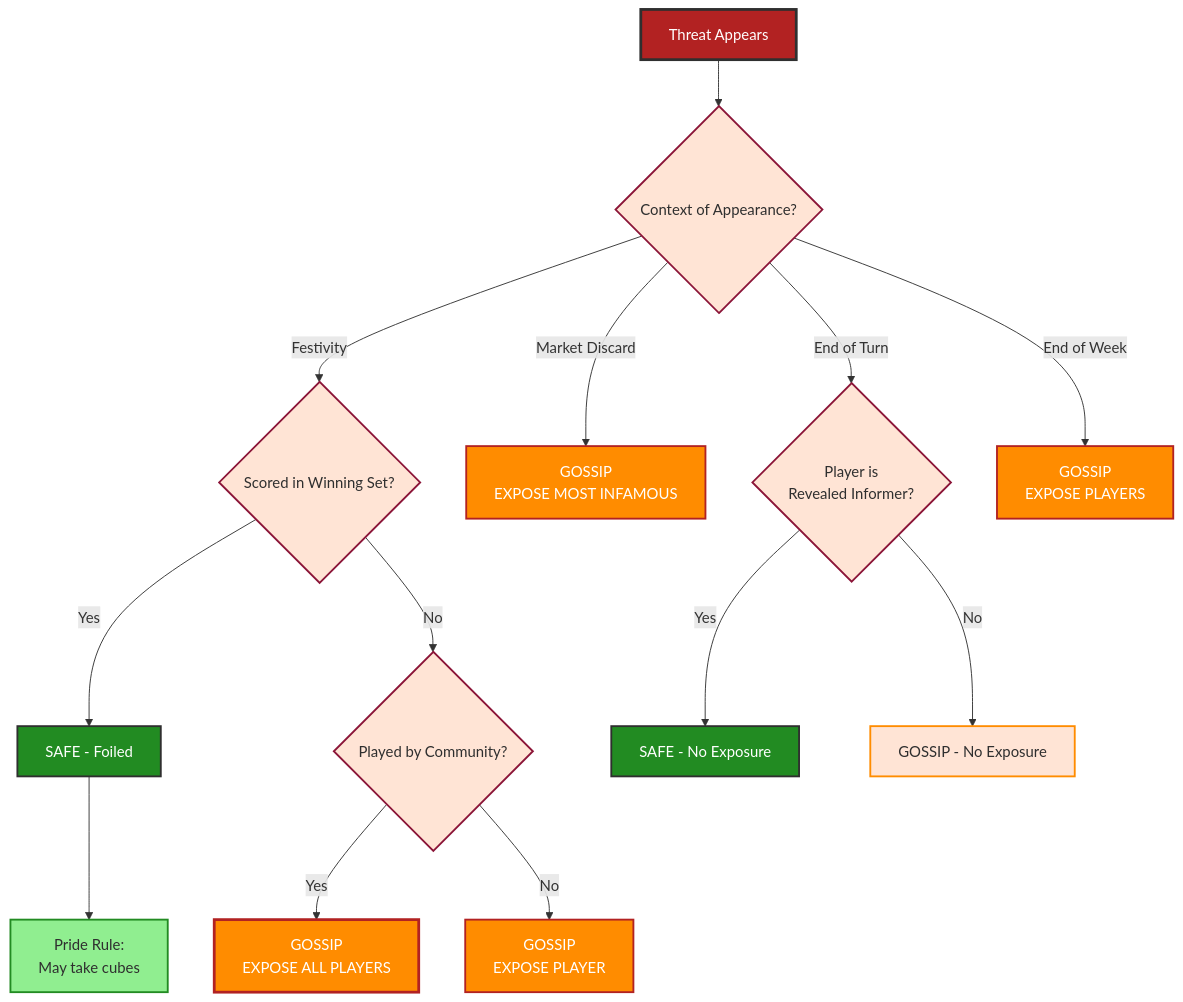
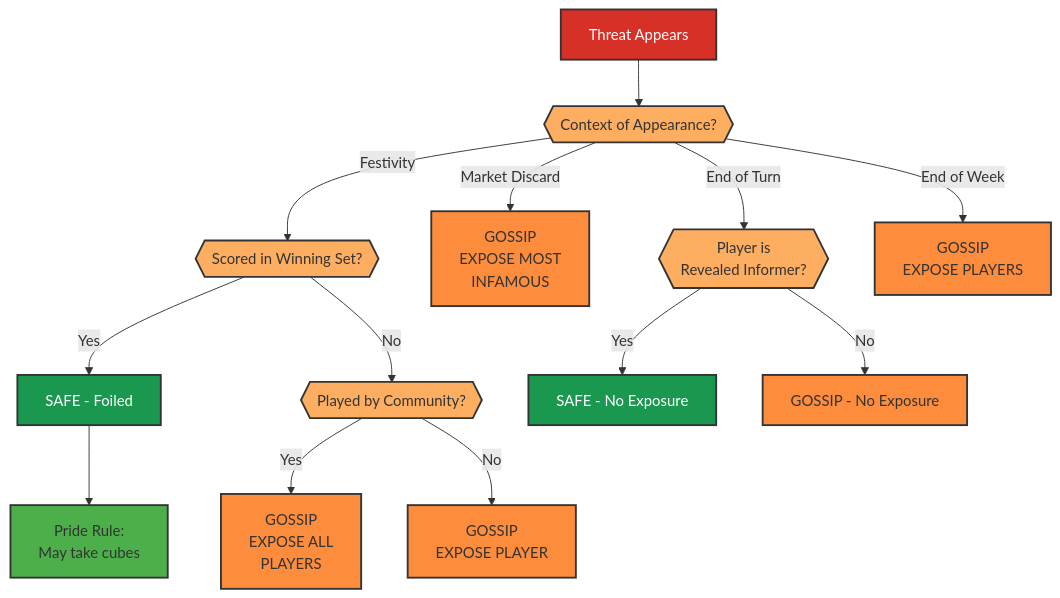
Before and after one commit to stoutpanda/molly_house_references: the diagram in threat_resolution_diagram.mmd, drawn with Mermaid. The commit also changed 2 other files, not shown here.

```diff
--- a/threat_resolution_diagram.mmd
+++ b/threat_resolution_diagram.mmd
@@ -1,32 +1,33 @@
 flowchart TD
-    A[Threat Appears] --> B{Context of Appearance?}
+    ThreatAppears["Threat Appears"]
     
-    B -->|Festivity| C{Scored in Winning Set?}
-    C -->|Yes| C1[SAFE - Foiled]
-    C1 --> C2[Pride Rule:<br/>May take cubes]
+    ThreatAppears --> Context{{"Context of Appearance?"}}
     
-    C -->|No| D{Played by Community?}
-    D -->|Yes| D1[GOSSIP<br/>EXPOSE ALL PLAYERS]
-    D -->|No| D2[GOSSIP<br/>EXPOSE PLAYER]
+    Context -->|Festivity| InWinningSet{{"Scored in Winning Set?"}}
+    Context -->|Market Discard| ExposeInfamous["GOSSIP<br/>EXPOSE MOST<br/>INFAMOUS"]
+    Context -->|End of Turn| RevealedInformer{{"Player is<br/>Revealed Informer?"}}
+    Context -->|End of Week| ExposeAllPlayers["GOSSIP<br/>EXPOSE PLAYERS"]
     
-    B -->|Market Discard| E[GOSSIP<br/>EXPOSE MOST INFAMOUS]
+    InWinningSet -->|Yes| SafeFoiled["SAFE - Foiled"]
+    InWinningSet -->|No| PlayedByCommunity{{"Played by Community?"}}
     
-    B -->|End of Turn| F{Player is<br/>Revealed Informer?}
-    F -->|Yes| F1[SAFE - No Exposure]
-    F -->|No| F2[GOSSIP - No Exposure]
+    RevealedInformer -->|Yes| SafeNoExposure["SAFE - No Exposure"]
+    RevealedInformer -->|No| GossipNoExposure["GOSSIP - No Exposure"]
     
-    B -->|End of Week| G[GOSSIP<br/>EXPOSE PLAYERS]
+    PlayedByCommunity -->|Yes| ExposeAll["GOSSIP<br/>EXPOSE ALL<br/>PLAYERS"]
+    PlayedByCommunity -->|No| ExposePlayer["GOSSIP<br/>EXPOSE PLAYER"]
     
-    style A fill:#B22222,stroke:#2F2F2F,stroke-width:3px,color:#fff
-    style B fill:#FFE4D5,stroke:#8B1538,stroke-width:2px,color:#2F2F2F
-    style C fill:#FFE4D5,stroke:#8B1538,stroke-width:2px,color:#2F2F2F
-    style D fill:#FFE4D5,stroke:#8B1538,stroke-width:2px,color:#2F2F2F
-    style F fill:#FFE4D5,stroke:#8B1538,stroke-width:2px,color:#2F2F2F
-    style C1 fill:#228B22,stroke:#2F2F2F,stroke-width:2px,color:#fff
-    style C2 fill:#90EE90,stroke:#228B22,stroke-width:2px,color:#2F2F2F
-    style F1 fill:#228B22,stroke:#2F2F2F,stroke-width:2px,color:#fff
-    style D1 fill:#FF8C00,stroke:#B22222,stroke-width:3px,color:#fff
-    style D2 fill:#FF8C00,stroke:#B22222,stroke-width:2px,color:#fff
-    style E fill:#FF8C00,stroke:#B22222,stroke-width:2px,color:#fff
-    style F2 fill:#FFE4D5,stroke:#FF8C00,stroke-width:2px,color:#2F2F2F
-    style G fill:#FF8C00,stroke:#B22222,stroke-width:2px,color:#fff
+    SafeFoiled --> PrideRule["Pride Rule:<br/>May take cubes"]
+    
+    %% Styling
+    classDef threat fill:#d73027,stroke:#333,stroke-width:2px,color:#fff
+    classDef decision fill:#fdae61,stroke:#333,stroke-width:2px
+    classDef safe fill:#1a9850,stroke:#333,stroke-width:2px,color:#fff
+    classDef gossip fill:#fd8d3c,stroke:#333,stroke-width:2px
+    classDef pride fill:#4daf4a,stroke:#333,stroke-width:2px
+    
+    class ThreatAppears threat
+    class Context,InWinningSet,PlayedByCommunity,RevealedInformer decision
+    class SafeFoiled,SafeNoExposure safe
+    class ExposeInfamous,ExposeAllPlayers,GossipNoExposure,ExposeAll,ExposePlayer gossip
+    class PrideRule pride
```
